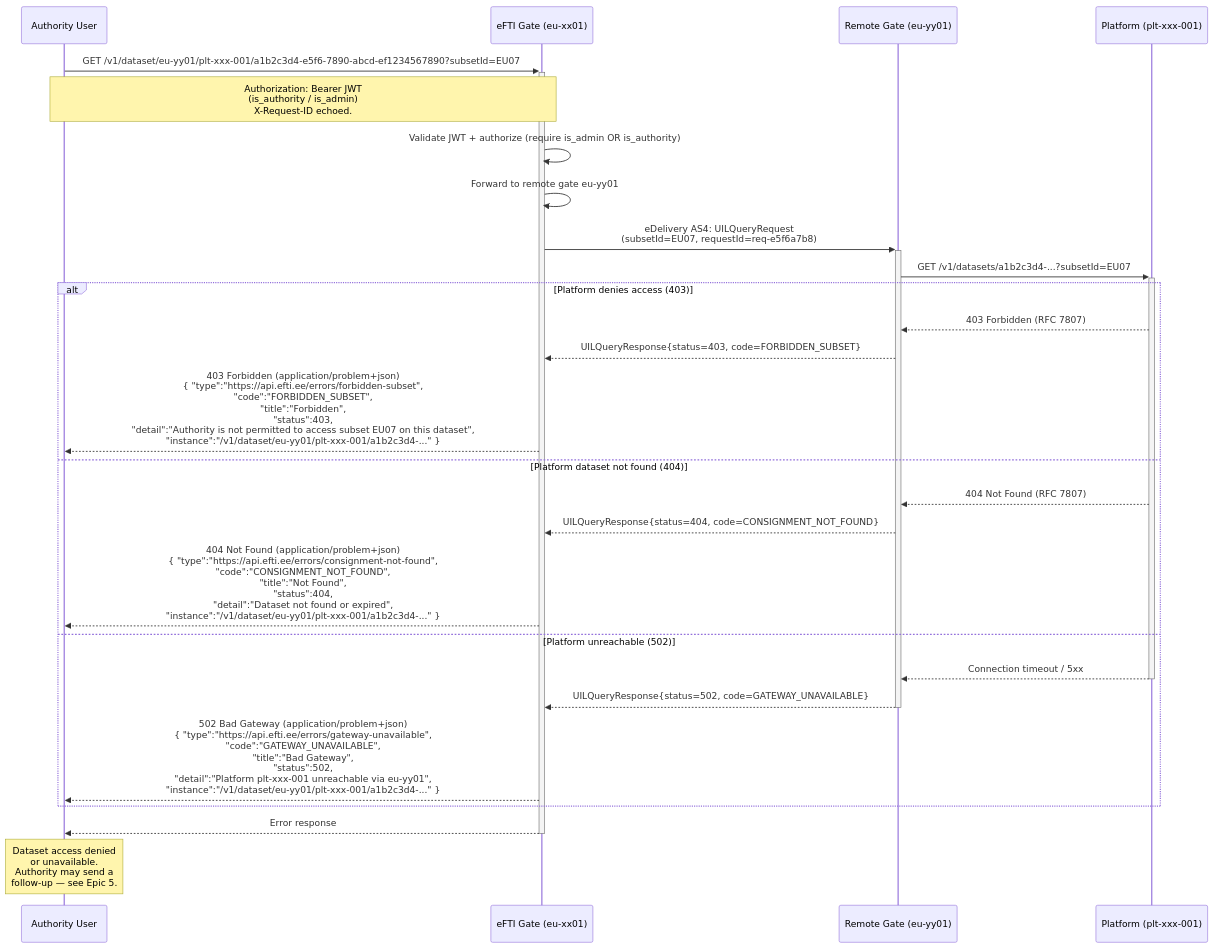
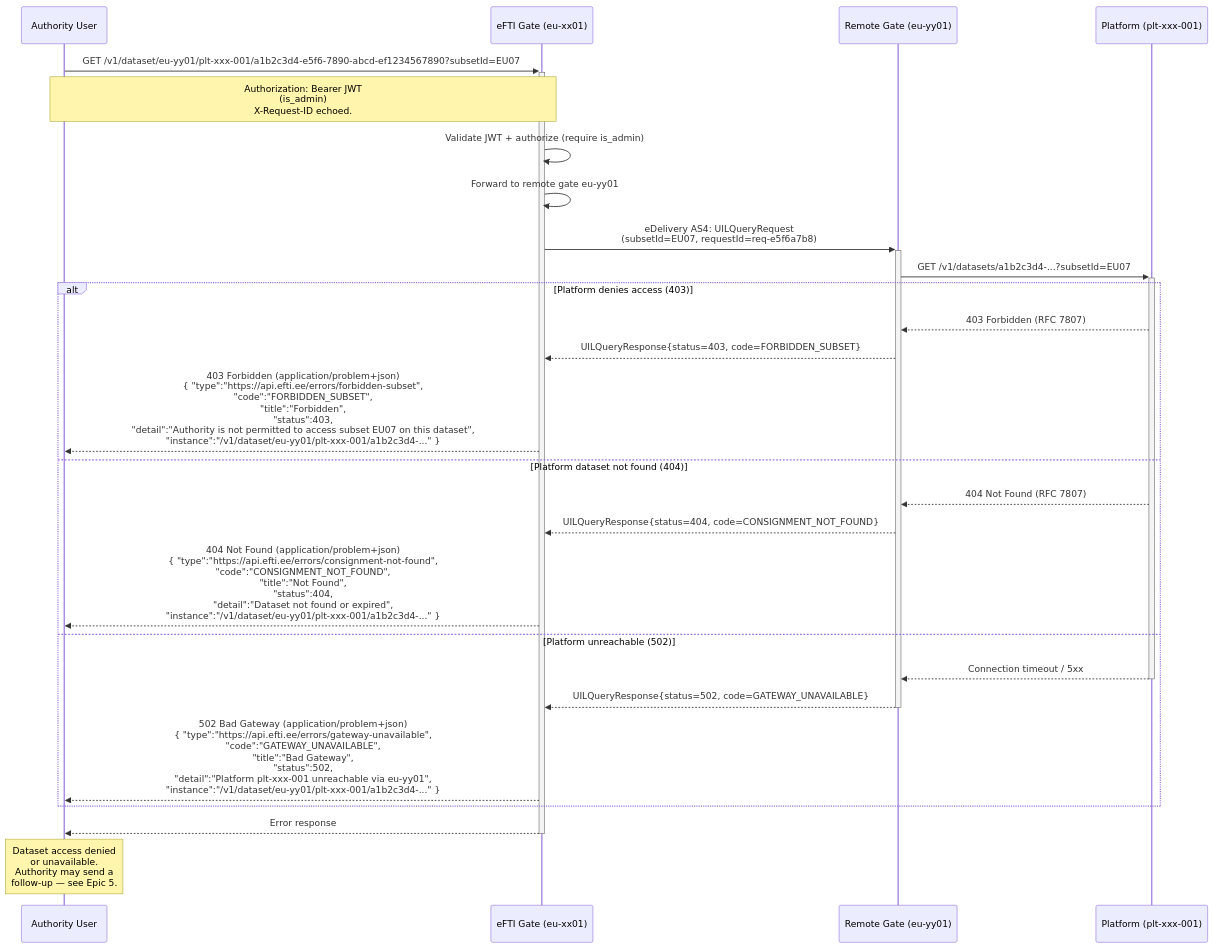
The diagram in docs/specs/diagrams/seq-06-dataset-request-denied.mmd (kemit-ee/efti-gate-ee), drawn with Mermaid before and after one commit. The commit also changed 43 other files, not shown here.

```diff
--- a/docs/specs/diagrams/seq-06-dataset-request-denied.mmd
+++ b/docs/specs/diagrams/seq-06-dataset-request-denied.mmd
@@ -1,34 +1,34 @@
 sequenceDiagram
     participant Authority as Authority User
     participant GateEE as eFTI Gate (eu-xx01)
     participant GateFI as Remote Gate (eu-yy01)
     participant Platform as Platform (plt-xxx-001)
 
     Authority->>+GateEE: GET /v1/dataset/eu-yy01/plt-xxx-001/a1b2c3d4-e5f6-7890-abcd-ef1234567890?subsetId=EU07
-    Note over Authority,GateEE: Authorization: Bearer JWT<br/>(is_authority / is_admin)<br/>X-Request-ID echoed.
+    Note over Authority,GateEE: Authorization: Bearer JWT<br/>(is_admin)<br/>X-Request-ID echoed.
 
-    GateEE->>GateEE: Validate JWT + authorize (require is_admin OR is_authority)
+    GateEE->>GateEE: Validate JWT + authorize (require is_admin)
     GateEE->>GateEE: Forward to remote gate eu-yy01
 
     GateEE->>+GateFI: eDelivery AS4: UILQueryRequest<br/>(subsetId=EU07, requestId=req-e5f6a7b8)
 
     GateFI->>+Platform: GET /v1/datasets/a1b2c3d4-...?subsetId=EU07
 
     alt Platform denies access (403)
         Platform-->>GateFI: 403 Forbidden (RFC 7807)
         GateFI-->>GateEE: UILQueryResponse{status=403, code=FORBIDDEN_SUBSET}
         GateEE-->>Authority: 403 Forbidden (application/problem+json)<br/>{ "type":"https://api.efti.ee/errors/forbidden-subset",<br/>  "code":"FORBIDDEN_SUBSET",<br/>  "title":"Forbidden",<br/>  "status":403,<br/>  "detail":"Authority is not permitted to access subset EU07 on this dataset",<br/>  "instance":"/v1/dataset/eu-yy01/plt-xxx-001/a1b2c3d4-..." }
 
     else Platform dataset not found (404)
         Platform-->>GateFI: 404 Not Found (RFC 7807)
         GateFI-->>GateEE: UILQueryResponse{status=404, code=CONSIGNMENT_NOT_FOUND}
         GateEE-->>Authority: 404 Not Found (application/problem+json)<br/>{ "type":"https://api.efti.ee/errors/consignment-not-found",<br/>  "code":"CONSIGNMENT_NOT_FOUND",<br/>  "title":"Not Found",<br/>  "status":404,<br/>  "detail":"Dataset not found or expired",<br/>  "instance":"/v1/dataset/eu-yy01/plt-xxx-001/a1b2c3d4-..." }
 
     else Platform unreachable (502)
         Platform-->>-GateFI: Connection timeout / 5xx
         GateFI-->>-GateEE: UILQueryResponse{status=502, code=GATEWAY_UNAVAILABLE}
         GateEE-->>Authority: 502 Bad Gateway (application/problem+json)<br/>{ "type":"https://api.efti.ee/errors/gateway-unavailable",<br/>  "code":"GATEWAY_UNAVAILABLE",<br/>  "title":"Bad Gateway",<br/>  "status":502,<br/>  "detail":"Platform plt-xxx-001 unreachable via eu-yy01",<br/>  "instance":"/v1/dataset/eu-yy01/plt-xxx-001/a1b2c3d4-..." }
     end
 
     GateEE-->>-Authority: Error response
     Note over Authority: Dataset access denied<br/>or unavailable.<br/>Authority may send a<br/>follow-up — see Epic 5.
```
